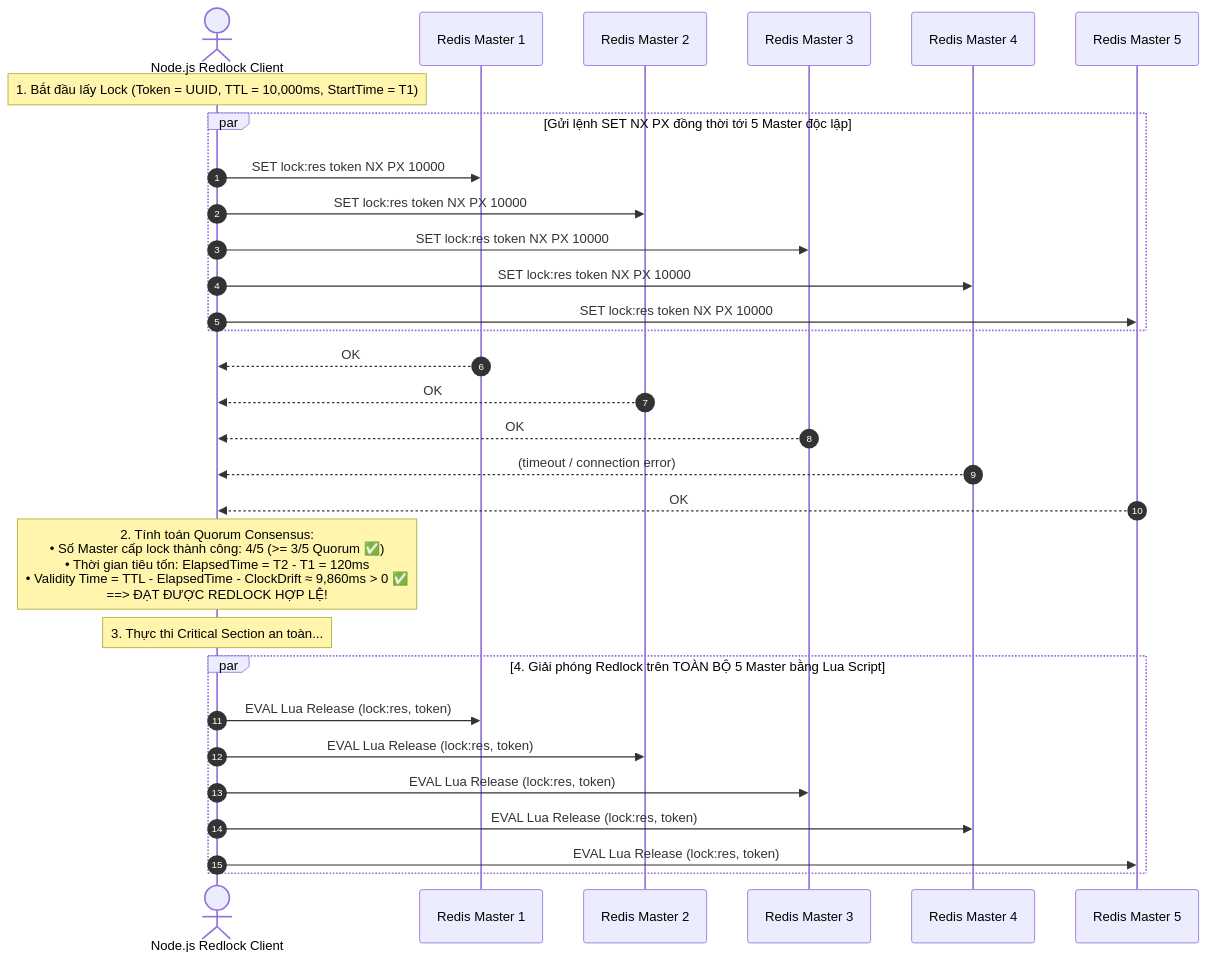
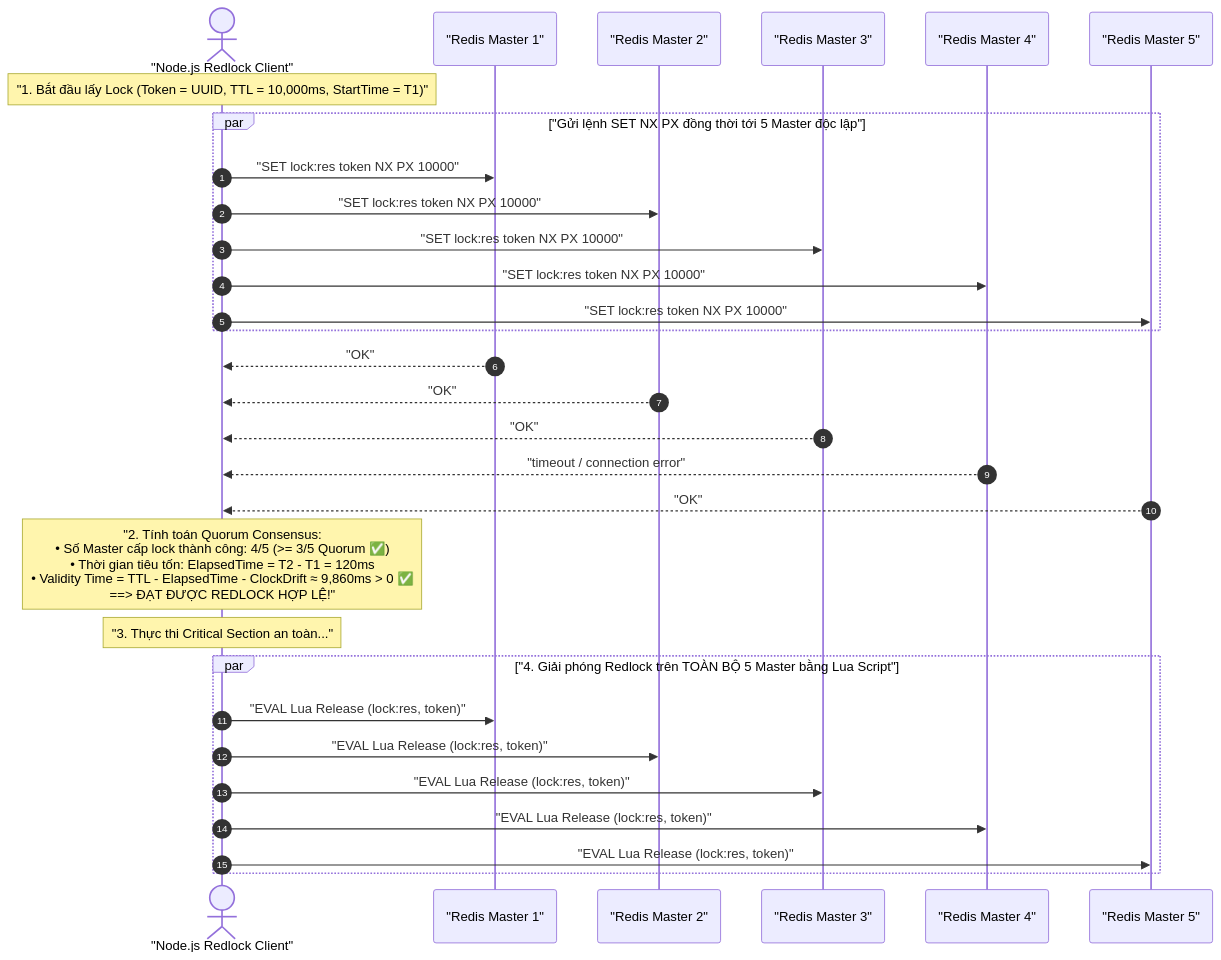
Before and after one commit to hydragon2m/docs: the tenth of 10 diagrams in Backend/Database & Storage/03. Redis Mastery/Bài 01 - Redis Core Data Structures, Caching Strategies & Locks.md, drawn with Mermaid. The commit also changed other lines of this file and 3 other files, not shown here.

````diff
--- a/Backend/Database & Storage/03. Redis Mastery/Bài 01 - Redis Core Data Structures, Caching Strategies & Locks.md
+++ b/Backend/Database & Storage/03. Redis Mastery/Bài 01 - Redis Core Data Structures, Caching Strategies & Locks.md
@@ -417,38 +419,38 @@
 ```mermaid
 sequenceDiagram
     autonumber
-    actor Client as Node.js Redlock Client
-    participant M1 as Redis Master 1
-    participant M2 as Redis Master 2
-    participant M3 as Redis Master 3
-    participant M4 as Redis Master 4
-    participant M5 as Redis Master 5
+    actor Client as "Node.js Redlock Client"
+    participant M1 as "Redis Master 1"
+    participant M2 as "Redis Master 2"
+    participant M3 as "Redis Master 3"
+    participant M4 as "Redis Master 4"
+    participant M5 as "Redis Master 5"
 
-    Note over Client: 1. Bắt đầu lấy Lock (Token = UUID, TTL = 10,000ms, StartTime = T1)
+    Note over Client: "1. Bắt đầu lấy Lock (Token = UUID, TTL = 10,000ms, StartTime = T1)"
     
-    par Gửi lệnh SET NX PX đồng thời tới 5 Master độc lập
-        Client->>M1: SET lock:res token NX PX 10000
-        Client->>M2: SET lock:res token NX PX 10000
-        Client->>M3: SET lock:res token NX PX 10000
-        Client->>M4: SET lock:res token NX PX 10000
-        Client->>M5: SET lock:res token NX PX 10000
+    par "Gửi lệnh SET NX PX đồng thời tới 5 Master độc lập"
+        Client->>M1: "SET lock:res token NX PX 10000"
+        Client->>M2: "SET lock:res token NX PX 10000"
+        Client->>M3: "SET lock:res token NX PX 10000"
+        Client->>M4: "SET lock:res token NX PX 10000"
+        Client->>M5: "SET lock:res token NX PX 10000"
     end
 
-    M1-->>Client: OK
-    M2-->>Client: OK
-    M3-->>Client: OK
-    M4-->>Client: (timeout / connection error)
-    M5-->>Client: OK
+    M1-->>Client: "OK"
+    M2-->>Client: "OK"
+    M3-->>Client: "OK"
+    M4-->>Client: "timeout / connection error"
+    M5-->>Client: "OK"
 
-    Note over Client: 2. Tính toán Quorum Consensus:<br/>• Số Master cấp lock thành công: 4/5 (>= 3/5 Quorum ✅)<br/>• Thời gian tiêu tốn: ElapsedTime = T2 - T1 = 120ms<br/>• Validity Time = TTL - ElapsedTime - ClockDrift ≈ 9,860ms > 0 ✅<br/>==> ĐẠT ĐƯỢC REDLOCK HỢP LỆ!
+    Note over Client: "2. Tính toán Quorum Consensus:<br/>• Số Master cấp lock thành công: 4/5 (>= 3/5 Quorum ✅)<br/>• Thời gian tiêu tốn: ElapsedTime = T2 - T1 = 120ms<br/>• Validity Time = TTL - ElapsedTime - ClockDrift ≈ 9,860ms > 0 ✅<br/>==> ĐẠT ĐƯỢC REDLOCK HỢP LỆ!"
 
-    Note over Client: 3. Thực thi Critical Section an toàn...
+    Note over Client: "3. Thực thi Critical Section an toàn..."
 
-    par 4. Giải phóng Redlock trên TOÀN BỘ 5 Master bằng Lua Script
-        Client->>M1: EVAL Lua Release (lock:res, token)
-        Client->>M2: EVAL Lua Release (lock:res, token)
-        Client->>M3: EVAL Lua Release (lock:res, token)
-        Client->>M4: EVAL Lua Release (lock:res, token)
-        Client->>M5: EVAL Lua Release (lock:res, token)
+    par "4. Giải phóng Redlock trên TOÀN BỘ 5 Master bằng Lua Script"
+        Client->>M1: "EVAL Lua Release (lock:res, token)"
+        Client->>M2: "EVAL Lua Release (lock:res, token)"
+        Client->>M3: "EVAL Lua Release (lock:res, token)"
+        Client->>M4: "EVAL Lua Release (lock:res, token)"
+        Client->>M5: "EVAL Lua Release (lock:res, token)"
     end
 ```
````
